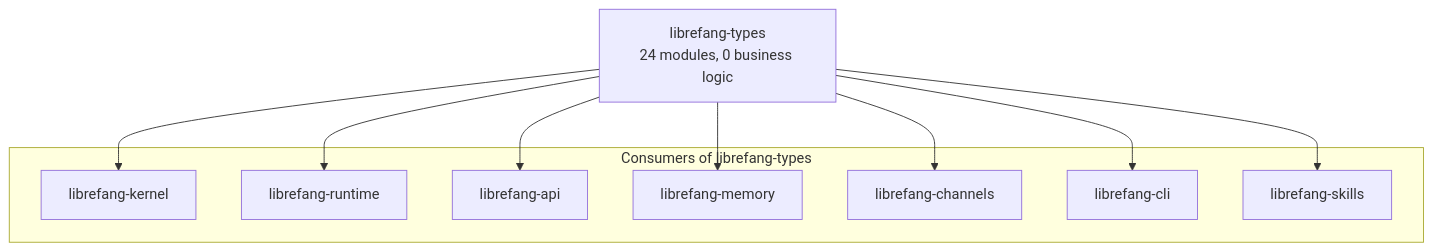
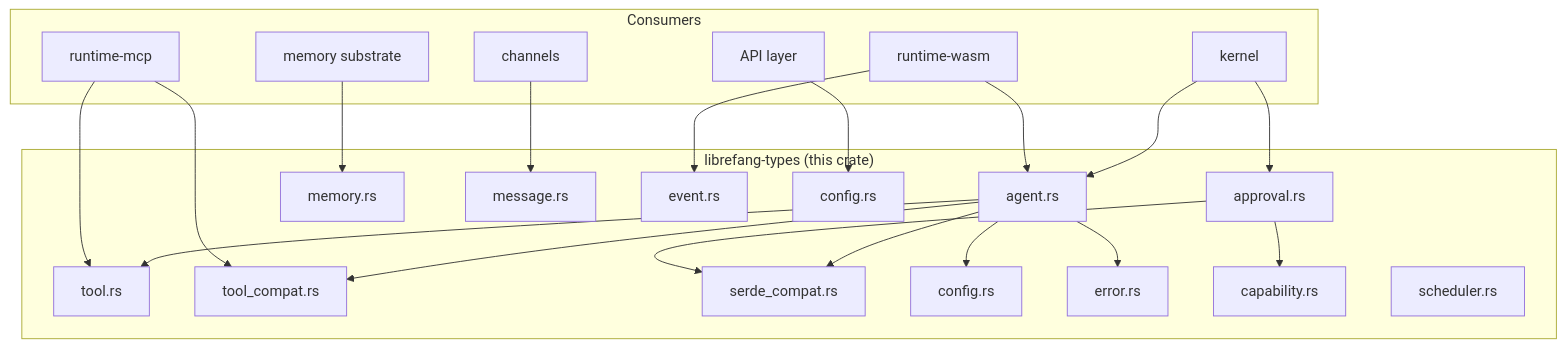
The first of 2 diagrams in core-types-configuration.md (leszek3737/librefang-WIki), drawn with Mermaid before and after one commit. The commit also changed other lines of this file and 98 other files, not shown here.

````diff
--- a/core-types-configuration.md
+++ b/core-types-configuration.md
@@ -9,22 +13,29 @@
 ```mermaid
 graph TD
-    subgraph "Consumers of librefang-types"
-        KERNEL[librefang-kernel]
-        RUNTIME[librefang-runtime]
-        API[librefang-api]
-        MEMORY[librefang-memory]
-        CHANNELS[librefang-channels]
-        CLI[librefang-cli]
-        SKILLS[librefang-skills]
+    subgraph "librefang-types (this crate)"
+        A[agent.rs] --> T[tool.rs]
+        A --> TC[tool_compat.rs]
+        A --> SC[serde_compat.rs]
+        A --> C[config.rs]
+        A --> E[error.rs]
+        AP[approval.rs] --> CAP[capability.rs]
+        AP --> SC
+        MEM[memory.rs]
+        MSG[message.rs]
+        EVT[event.rs]
+        SCHED[scheduler.rs]
+        CFG[config.rs]
     end
 
-    TYPES[librefang-types<br/>24 modules, 0 business logic]
-
-    TYPES --> KERNEL
-    TYPES --> RUNTIME
-    TYPES --> API
-    TYPES --> MEMORY
-    TYPES --> CHANNELS
-    TYPES --> CLI
-    TYPES --> SKILLS
+    subgraph "Consumers"
+        K[kernel] --> A
+        K --> AP
+        RT[runtime-wasm] --> A
+        RT --> EVT
+        MCP[runtime-mcp] --> T
+        MCP --> TC
+        CH[channels] --> MSG
+        MEMS[memory substrate] --> MEM
+        API[API layer] --> CFG
+    end
 ```
````
